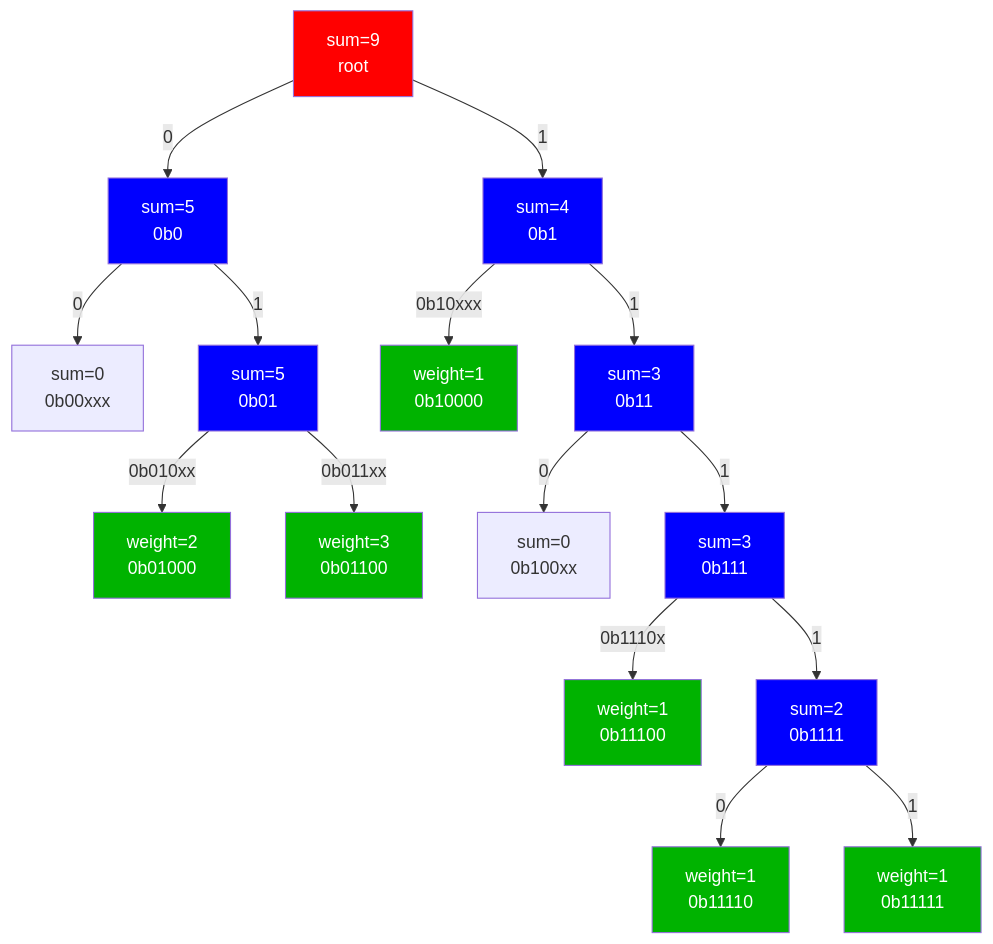
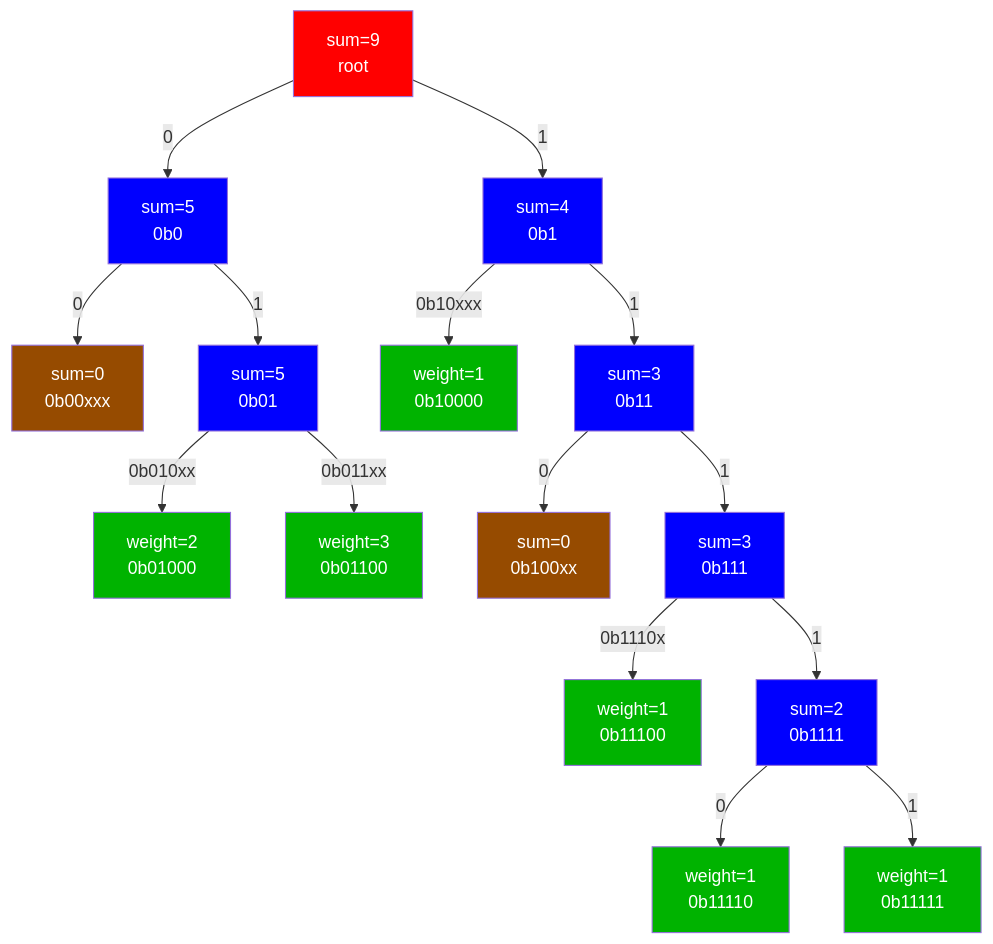
The fourth of 8 diagrams in docusaurus/docs/protocol/claim_and_proof_lifecycle.md (pokt-network/poktroll), drawn with Mermaid before and after one commit. The commit also changed other lines of this file and 6 other files, not shown here.

````diff
--- a/docusaurus/docs/protocol/claim_and_proof_lifecycle.md
+++ b/docusaurus/docs/protocol/claim_and_proof_lifecycle.md
@@ -291,38 +297,40 @@
 ```mermaid
 graph TB
     classDef redNode fill:#ff0000, color:#ffffff;
     classDef greenNode fill:#00b300, color:#ffffff;
     classDef blueNode fill:#0000ff, color:#ffffff;
     classDef yellowNode fill:#fff500, color:#ffa500
+    classDef brownNode fill:#964B00, color:#ffffff;
 
     %% Define root node
     R[sum=9<br>root]
 
     %% Height = 1
     R -- 0 --> N1[sum=5<br>0b0]
     R -- 1 --> N2[sum=4<br>0b1]
 
     %% Height = 2
     N1 -- 0 --> E1[sum=0<br>0b00xxx]
     N1 -- 1 --> N3[sum=5<br>0b01]
     N2 -- 0b10xxx --> L1[weight=1<br>0b10000]
     N2 -- 1 --> N4[sum=3<br>0b11]
 
     %% Height = 3
     N3 -- 0b010xx --> L2[weight=2<br>0b01000]
     N3 -- 0b011xx --> L3[weight=3<br>0b01100]
     N4 -- 0 --> E2[sum=0<br>0b100xx]
     N4 -- 1 --> N5[sum=3<br>0b111]
 
     %% Height = 4
     N5 -- 0b1110x --> L4[weight=1<br>0b11100]
     N5 -- 1 --> N6[sum=2<br>0b1111]
 
     %% Height = 5
     N6 -- 0 --> L5[weight=1<br>0b11110]
     N6 -- 1 --> L6[weight=1<br>0b11111]
 
     class R redNode;
     class L1,L2,L3,L4,L5,L6 greenNode;
     class N1,N2,N3,N4,N5,N6 blueNode;
+    class E1,E2 brownNode;
 ```
````
